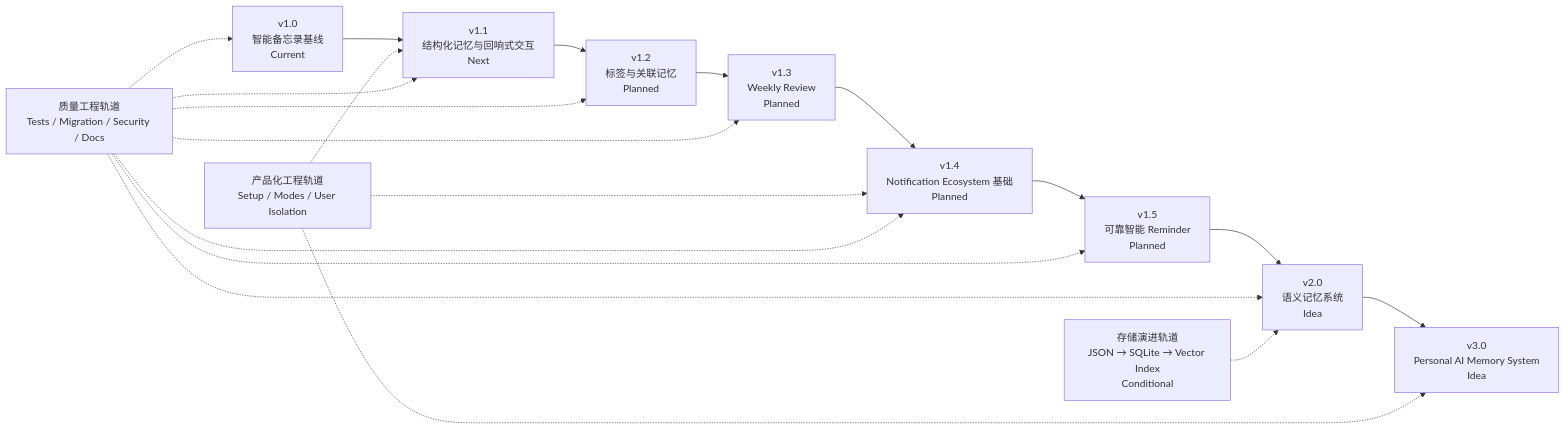
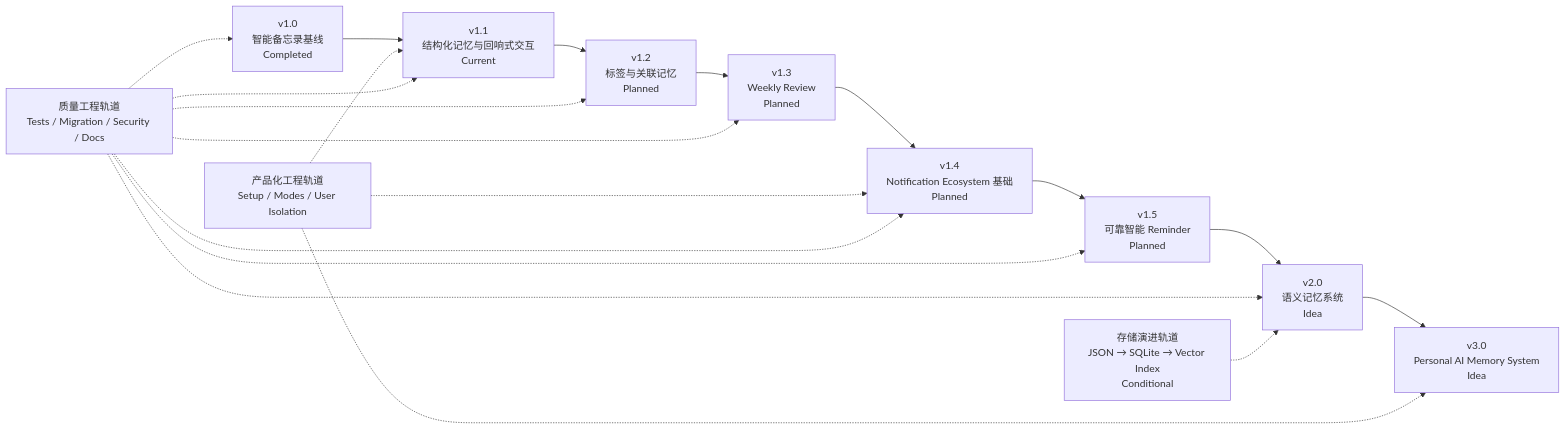
One commit to Vegetableadog/hermes-recall changed the first of 2 diagrams in docs/正式基线/04-开发路线图.md. Above: the diagram before and after it, drawn with Mermaid. The commit also changed other lines of this file, not shown here.

Commit message:
docs: 04 路线图校准补齐——头部 v1.1/下一候选 v1.2、路线总览图 V10 Completed+V11 Current、§5 基线标 Completed、§19/§20 标 Historical

````diff
--- a/docs/正式基线/04-开发路线图.md
+++ b/docs/正式基线/04-开发路线图.md
@@ -90,29 +90,29 @@
 ```mermaid
 flowchart LR
-    V10[v1.0<br/>智能备忘录基线<br/>Current]
-    V11[v1.1<br/>结构化记忆与回响式交互<br/>Next]
+    V10[v1.0<br/>智能备忘录基线<br/>Completed]
+    V11[v1.1<br/>结构化记忆与回响式交互<br/>Current]
     V12[v1.2<br/>标签与关联记忆<br/>Planned]
     V13[v1.3<br/>Weekly Review<br/>Planned]
     V14[v1.4<br/>Notification Ecosystem 基础<br/>Planned]
     V15[v1.5<br/>可靠智能 Reminder<br/>Planned]
     V20[v2.0<br/>语义记忆系统<br/>Idea]
     V30[v3.0<br/>Personal AI Memory System<br/>Idea]
 
     V10 --> V11 --> V12 --> V13 --> V14 --> V15 --> V20 --> V30
 
     Productization[产品化工程轨道<br/>Setup / Modes / User Isolation]
     Quality[质量工程轨道<br/>Tests / Migration / Security / Docs]
     Storage[存储演进轨道<br/>JSON → SQLite → Vector Index<br/>Conditional]
 
     Productization -.-> V11
     Productization -.-> V14
     Productization -.-> V30
     Quality -.-> V10
     Quality -.-> V11
     Quality -.-> V12
     Quality -.-> V13
     Quality -.-> V14
     Quality -.-> V15
     Quality -.-> V20
     Storage -.-> V20
 ```
````
